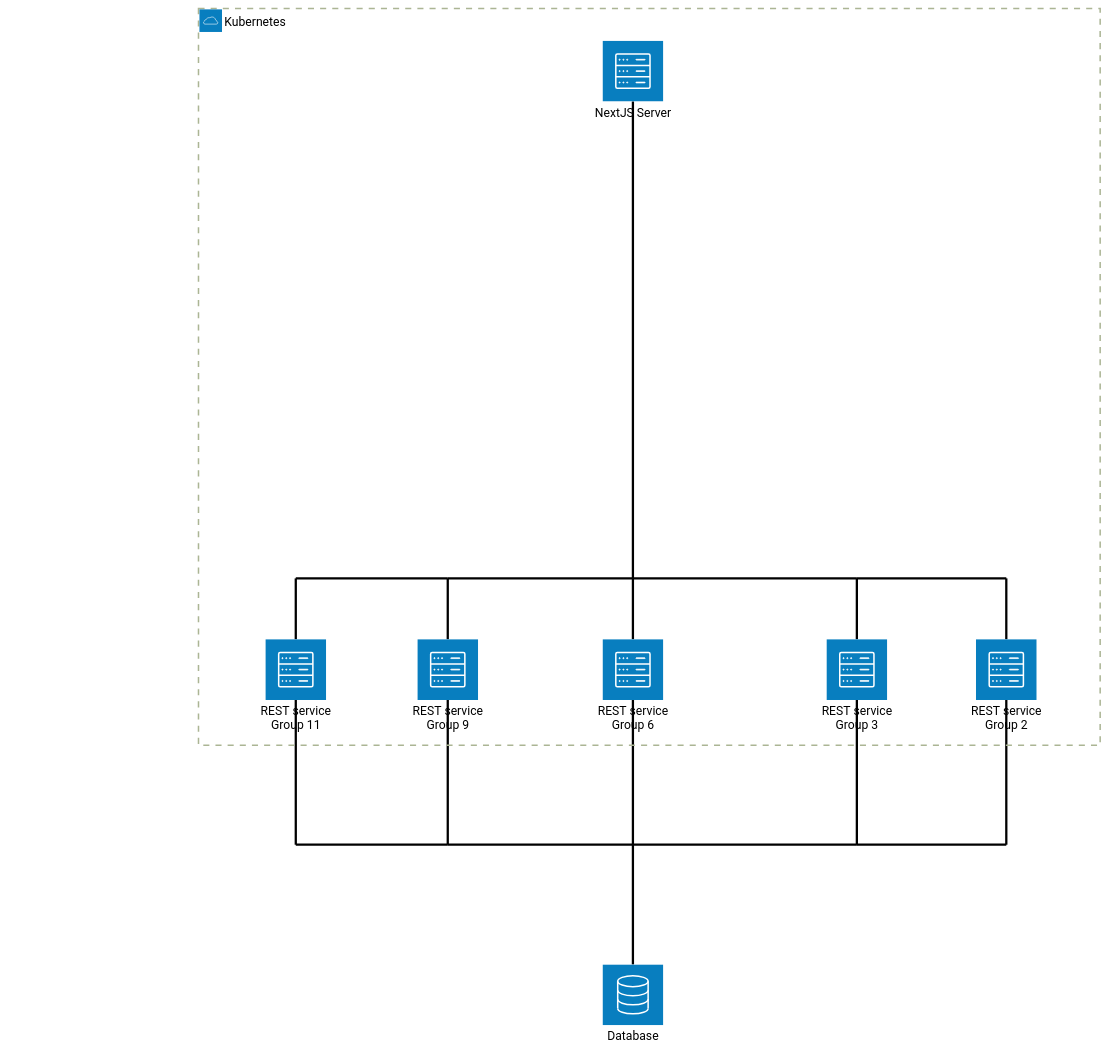
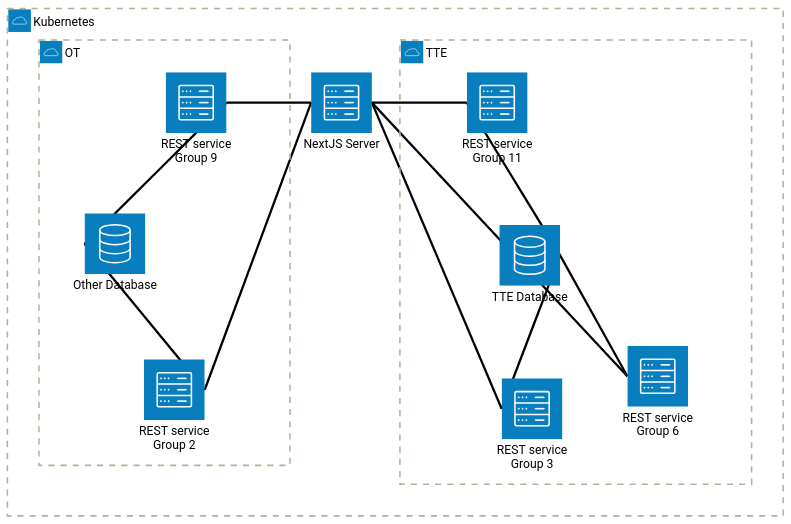
One commit to astep-aau/aSTEP-frontend changed the diagram in README.md. Above: the diagram before and after it, drawn with Mermaid (forest theme).

Commit message:
readme farm

````diff
--- a/README.md
+++ b/README.md
@@ -37,48 +37,28 @@
 ```mermaid
 architecture-beta
     group ks(cloud)[Kubernetes]
+    group tte(cloud)[TTE] in ks
+    group ot(cloud)[OT] in ks
     service nextjs(server)[NextJS Server] in ks
-    service group11service(server)[REST service Group 11] in ks   
-    service group2service(server)[REST service Group 2] in ks   
-    service group3service(server)[REST service Group 3] in ks   
-    service group6service(server)[REST service Group 6] in ks   
-    service group9service(server)[REST service Group 9] in ks   
-    service database(database)[Database]
-    junction junction1
-    junction junction2
-    junction junction3
-    junction junction4
-    junction junction5
-    junction junction6
+    service group11service(server)[REST service Group 11] in tte 
+    service group2service(server)[REST service Group 2] in ot   
+    service group3service(server)[REST service Group 3] in tte   
+    service group6service(server)[REST service Group 6] in tte   
+    service group9service(server)[REST service Group 9] in ot   
+    service ttedatabase(database)[TTE Database] in tte
+    service otherdatabase(database)[Other Database] in ot
 
-    junction junction8
-    junction junction9
-    junction junction10
-    junction junction11
-    junction junction12
+    group3service:L -- R:ttedatabase
+    group6service:L -- R:ttedatabase
+    group11service:L -- R:ttedatabase
 
-    group2service:T -- B:junction8
-    group3service:T -- B:junction9
-    group6service:T -- B:junction10
-    group9service:T -- B:junction11
-    group11service:T -- B:junction12
+    group3service:L -- R:nextjs
+    group6service:L -- R:nextjs
+    group11service:L -- R:nextjs
 
-    junction8:L -- R:junction9
-    junction9:L -- R:junction10
-    junction10:L -- R:junction11
-    junction11:L -- R:junction12
+    group2service:R-- L:otherdatabase
+    group9service:R -- L:otherdatabase
 
-    junction10:T -- B:nextjs
-
-    group2service:B -- T:junction5
-    group3service:B -- T:junction4
-    group6service:B -- T:junction3
-    group9service:B -- T:junction2
-    group11service:B -- T:junction1
-    database:T -- B:junction3
-
-    junction1:R -- L:junction2
-    junction2:R -- L:junction3
-    junction3:R -- L:junction4
-    junction4:R -- L:junction5
+    group2service:R-- L:nextjs
+    group9service:R -- L:nextjs
 ```
````
